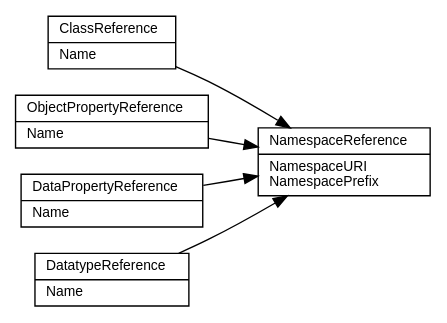
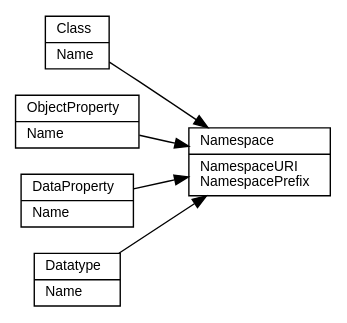
The diagram in metamodel-references.dot (webb/niem-metamodel), drawn with Graphviz before and after one commit. The commit also changed 4 other files, not shown here.

Commit message:
Made the diagram reflect the reference/definition breakdown without being insane.

```diff
--- a/metamodel-references.dot
+++ b/metamodel-references.dot
@@ -1,22 +1,22 @@
 digraph G {
   edge [fontname = "Helvetica", fontsize = 10, dir = forward];
   node [fontname = "Helvetica", fontsize = 10, width = 0, height = 0];
   rankdir = LR;
 
   node [shape=record];
   
-  NamespaceReference [label="\N\l|NamespaceURI\lNamespacePrefix\l"];
+  Namespace [label="\N\l|NamespaceURI\lNamespacePrefix\l"];
 
-  ClassReference [label="\N\l|Name\l"];
-  ClassReference -> NamespaceReference;
+  Class [label="\N\l|Name\l"];
+  Class -> Namespace;
 
-  ObjectPropertyReference [label="\N\l|Name\l"];
-  ObjectPropertyReference -> NamespaceReference;
+  ObjectProperty [label="\N\l|Name\l"];
+  ObjectProperty -> Namespace;
                           
-  DataPropertyReference [label="\N\l|Name\l"];
-  DataPropertyReference -> NamespaceReference;
+  DataProperty [label="\N\l|Name\l"];
+  DataProperty -> Namespace;
   
-  DatatypeReference [label="\N\l|Name\l"];
-  DatatypeReference -> NamespaceReference;
+  Datatype [label="\N\l|Name\l"];
+  Datatype -> Namespace;
   
 }
```
